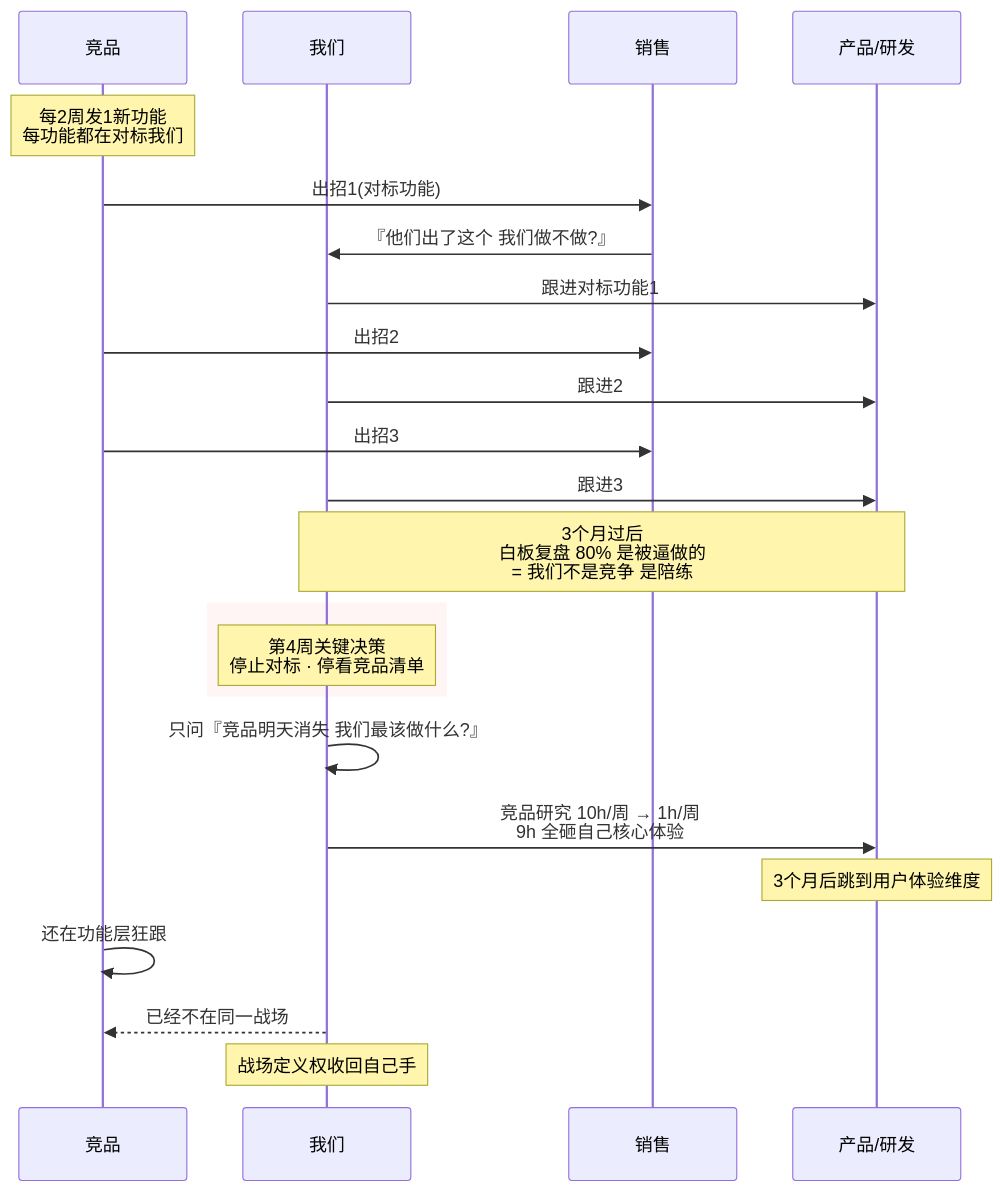
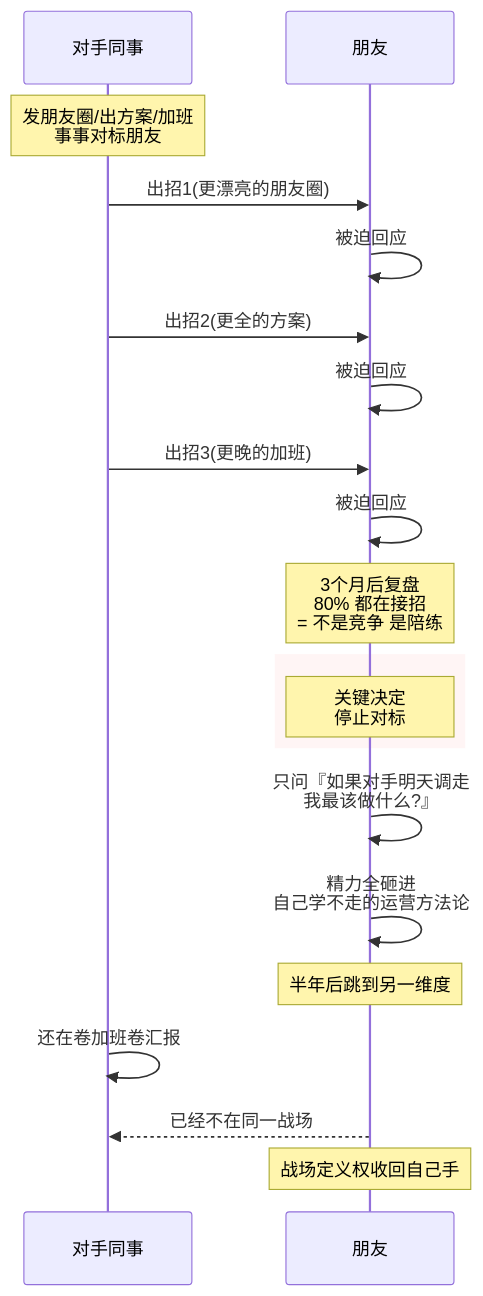
One commit to chongyang211/YCBookBlog changed the first of 7 diagrams in packages/website/11.书籍/01.毛选实战心法/37.你打你我打我的.md. Above: the diagram before and after it, drawn with Mermaid. The commit also changed other lines of this file, not shown here.

Commit message:
docs: 改写案例从竞品对比为同事竞争

````diff
--- a/packages/website/11.书籍/01.毛选实战心法/37.你打你我打我的.md
+++ b/packages/website/11.书籍/01.毛选实战心法/37.你打你我打我的.md
@@ -44,31 +44,28 @@
 ```mermaid
 sequenceDiagram
-    participant Comp as 竞品
-    participant Us as 我们
-    participant Sales as 销售
-    participant Prod as 产品/研发
+    participant Rival as 对手同事
+    participant Friend as 朋友
 
-    Note over Comp: 每2周发1新功能<br/>每功能都在对标我们
-    Comp->>Sales: 出招1(对标功能)
-    Sales->>Us: 『他们出了这个 我们做不做?』
-    Us->>Prod: 跟进对标功能1
-    Comp->>Sales: 出招2
-    Us->>Prod: 跟进2
-    Comp->>Sales: 出招3
-    Us->>Prod: 跟进3
+    Note over Rival: 发朋友圈/出方案/加班<br/>事事对标朋友
+    Rival->>Friend: 出招1(更漂亮的朋友圈)
+    Friend->>Friend: 被迫回应
+    Rival->>Friend: 出招2(更全的方案)
+    Friend->>Friend: 被迫回应
+    Rival->>Friend: 出招3(更晚的加班)
+    Friend->>Friend: 被迫回应
 
-    Note over Us,Prod: 3个月过后<br/>白板复盘 80% 是被逼做的<br/>= 我们不是竞争 是陪练
+    Note over Friend: 3个月后复盘<br/>80% 都在接招<br/>= 不是竞争 是陪练
 
     rect rgba(255,220,220,0.3)
-    Note over Us: 第4周关键决策<br/>停止对标 · 停看竞品清单
+    Note over Friend: 关键决定<br/>停止对标
     end
 
-    Us->>Us: 只问『竞品明天消失 我们最该做什么?』
-    Us->>Prod: 竞品研究 10h/周 → 1h/周<br/>9h 全砸自己核心体验
+    Friend->>Friend: 只问『如果对手明天调走<br/>我最该做什么?』
+    Friend->>Friend: 精力全砸进<br/>自己学不走的运营方法论
 
-    Note over Prod: 3个月后跳到用户体验维度
-    Comp->>Comp: 还在功能层狂跟
-    Us-->>Comp: 已经不在同一战场
+    Note over Friend: 半年后跳到另一维度
+    Rival->>Rival: 还在卷加班卷汇报
+    Friend-->>Rival: 已经不在同一战场
 
-    Note over Us: 战场定义权收回自己手
+    Note over Friend: 战场定义权收回自己手
 ```
````
